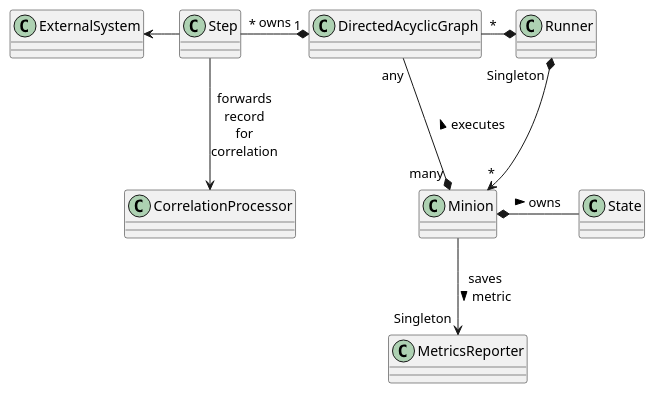
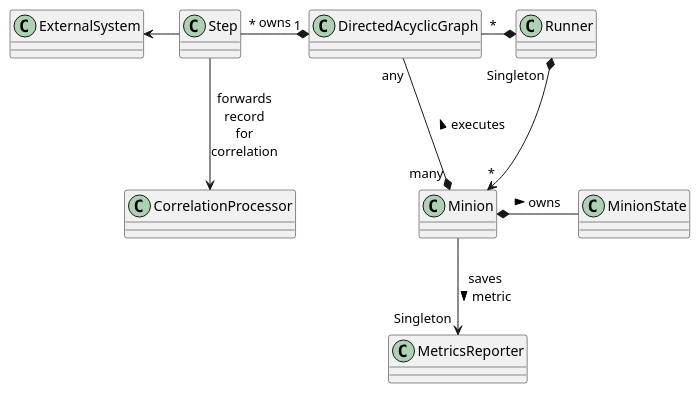
Before and after one commit to qalipsis/qalipsis-oss: the fifth of 6 diagrams in developer-documentation/src/main/asciidoc/architecture/src/05_building_block_view.adoc, drawn with PlantUML. The commit also changed other lines of this file and 231 other files, not shown here.

```diff
--- a/developer-documentation/src/main/asciidoc/architecture/src/05_building_block_view.adoc
+++ b/developer-documentation/src/main/asciidoc/architecture/src/05_building_block_view.adoc
@@ -452,16 +451,16 @@
 [plantuml,evolue-whitebox-scenario-execution,png]
 ----
 skinparam componentStyle uml2
 
 Runner *-left- "*" DirectedAcyclicGraph
 DirectedAcyclicGraph "1" *-left- "*" Step: owns
 Runner "Singleton" *-down-> "*" Minion
 Step -left-> ExternalSystem
 
-Minion *-right- State: owns >
+Minion *-right- MinionState: owns >
 Minion "many" *-up- "any" DirectedAcyclicGraph: executes >
 Minion -down-> "Singleton" MetricsReporter : saves\nmetric >
 
 Step -down-> CorrelationProcessor : forwards\nrecord\nfor\ncorrelation
 
 ----
```
